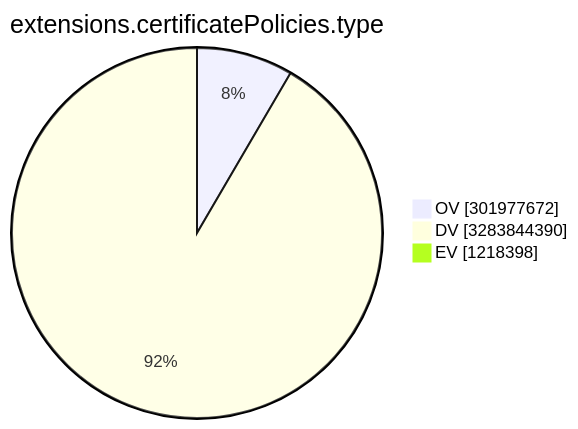
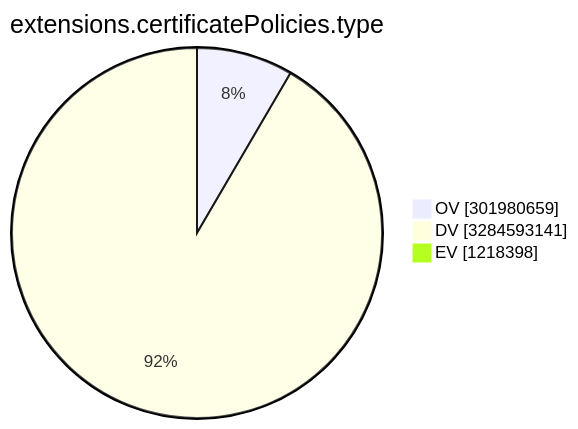
One commit to christiankrug/ctmonitor_visualization changed the ninth of 15 diagrams in TOTAL/README.md. Above: the diagram before and after it, drawn with Mermaid. The commit also changed other lines of this file, not shown here.

````diff
--- a/TOTAL/README.md
+++ b/TOTAL/README.md
@@ -3107,7 +3107,7 @@
 ```mermaid
 pie showData
 title extensions.certificatePolicies.type
-"OV" :301977672
-"DV" :3283844390
+"OV" :301980659
+"DV" :3284593141
 "EV" :1218398
 ```
````
